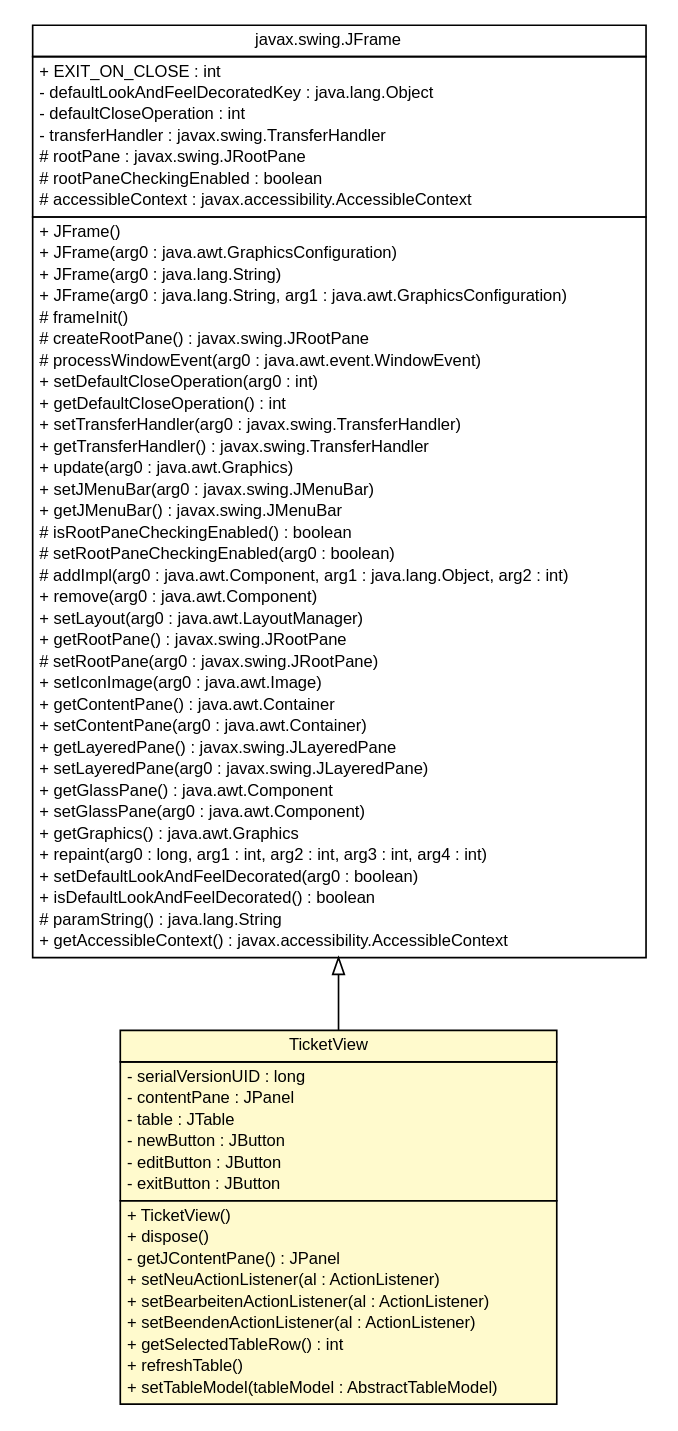
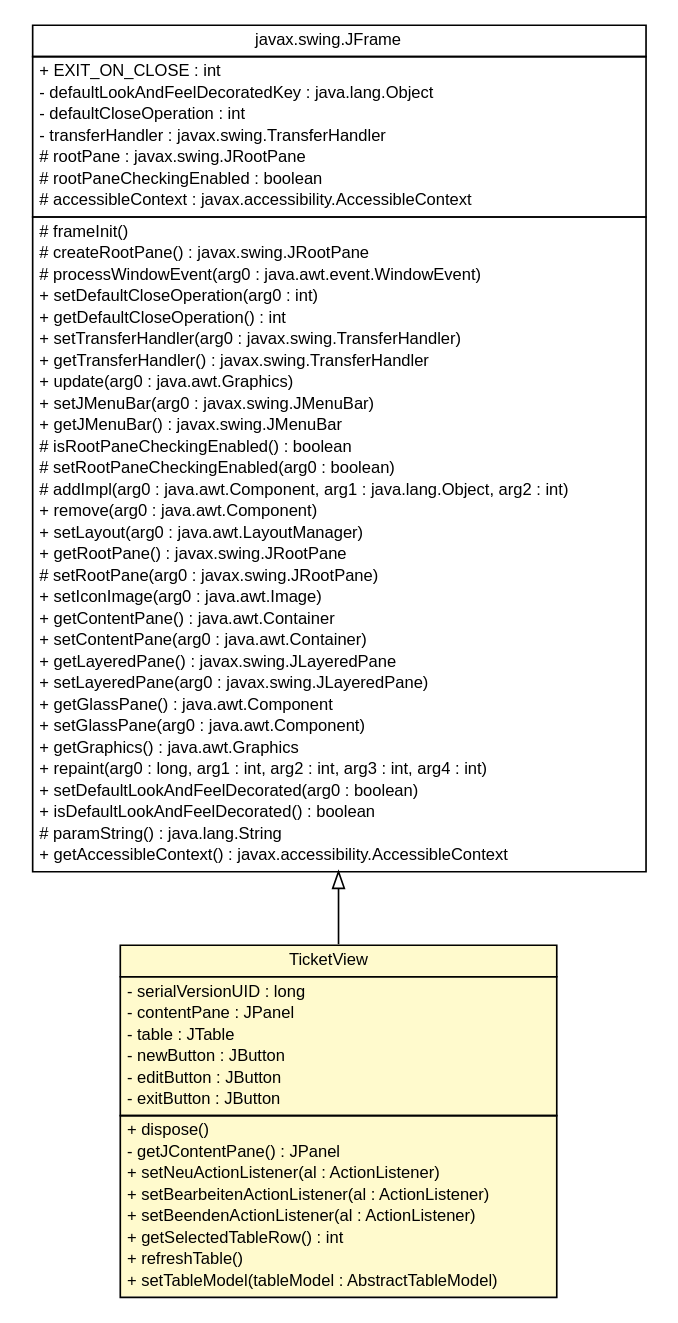
Before and after one commit to Dr4K4n/TroubleTicketManagement: the diagram in doc/de/articmodding/TroubleTicket/TicketView.dot, drawn with Graphviz. The commit also changed 58 other files, not shown here.

Commit message:
- tables are now automatically created - fixed minor bug in TicketEditView

```diff
--- a/doc/de/articmodding/TroubleTicket/TicketView.dot
+++ b/doc/de/articmodding/TroubleTicket/TicketView.dot
@@ -1,90 +1,85 @@
 #!/usr/local/bin/dot
 #
 # Class diagram 
 # Generated by UMLGraph version 5.4 (http://www.umlgraph.org/)
 #
 
 digraph G {
 	edge [fontname="Helvetica",fontsize=10,labelfontname="Helvetica",labelfontsize=10];
 	node [fontname="Helvetica",fontsize=10,shape=plaintext];
 	nodesep=0.25;
 	ranksep=0.5;
 	// de.articmodding.TroubleTicket.TicketView
 	c118 [label=<<table title="de.articmodding.TroubleTicket.TicketView" border="0" cellborder="1" cellspacing="0" cellpadding="2" port="p" bgcolor="lemonChiffon" href="./TicketView.html">
 		<tr><td><table border="0" cellspacing="0" cellpadding="1">
 <tr><td align="center" balign="center"> TicketView </td></tr>
 		</table></td></tr>
 		<tr><td><table border="0" cellspacing="0" cellpadding="1">
 <tr><td align="left" balign="left"> - serialVersionUID : long </td></tr>
 <tr><td align="left" balign="left"> - contentPane : JPanel </td></tr>
 <tr><td align="left" balign="left"> - table : JTable </td></tr>
 <tr><td align="left" balign="left"> - newButton : JButton </td></tr>
 <tr><td align="left" balign="left"> - editButton : JButton </td></tr>
 <tr><td align="left" balign="left"> - exitButton : JButton </td></tr>
 		</table></td></tr>
 		<tr><td><table border="0" cellspacing="0" cellpadding="1">
-<tr><td align="left" balign="left"> + TicketView() </td></tr>
 <tr><td align="left" balign="left"> + dispose() </td></tr>
 <tr><td align="left" balign="left"> - getJContentPane() : JPanel </td></tr>
 <tr><td align="left" balign="left"> + setNeuActionListener(al : ActionListener) </td></tr>
 <tr><td align="left" balign="left"> + setBearbeitenActionListener(al : ActionListener) </td></tr>
 <tr><td align="left" balign="left"> + setBeendenActionListener(al : ActionListener) </td></tr>
 <tr><td align="left" balign="left"> + getSelectedTableRow() : int </td></tr>
 <tr><td align="left" balign="left"> + refreshTable() </td></tr>
 <tr><td align="left" balign="left"> + setTableModel(tableModel : AbstractTableModel) </td></tr>
 		</table></td></tr>
 		</table>>, URL="./TicketView.html", fontname="Helvetica", fontcolor="black", fontsize=10.0];
 	//de.articmodding.TroubleTicket.TicketView extends javax.swing.JFrame
 	c125:p -> c118:p [dir=back,arrowtail=empty];
 	// javax.swing.JFrame
 	c125 [label=<<table title="javax.swing.JFrame" border="0" cellborder="1" cellspacing="0" cellpadding="2" port="p" href="http://java.sun.com/j2se/1.4.2/docs/api/javax/swing/JFrame.html">
 		<tr><td><table border="0" cellspacing="0" cellpadding="1">
 <tr><td align="center" balign="center"> javax.swing.JFrame </td></tr>
 		</table></td></tr>
 		<tr><td><table border="0" cellspacing="0" cellpadding="1">
 <tr><td align="left" balign="left"> + EXIT_ON_CLOSE : int </td></tr>
 <tr><td align="left" balign="left"> - defaultLookAndFeelDecoratedKey : java.lang.Object </td></tr>
 <tr><td align="left" balign="left"> - defaultCloseOperation : int </td></tr>
 <tr><td align="left" balign="left"> - transferHandler : javax.swing.TransferHandler </td></tr>
 <tr><td align="left" balign="left"> # rootPane : javax.swing.JRootPane </td></tr>
 <tr><td align="left" balign="left"> # rootPaneCheckingEnabled : boolean </td></tr>
 <tr><td align="left" balign="left"> # accessibleContext : javax.accessibility.AccessibleContext </td></tr>
 		</table></td></tr>
 		<tr><td><table border="0" cellspacing="0" cellpadding="1">
-<tr><td align="left" balign="left"> + JFrame() </td></tr>
-<tr><td align="left" balign="left"> + JFrame(arg0 : java.awt.GraphicsConfiguration) </td></tr>
-<tr><td align="left" balign="left"> + JFrame(arg0 : java.lang.String) </td></tr>
-<tr><td align="left" balign="left"> + JFrame(arg0 : java.lang.String, arg1 : java.awt.GraphicsConfiguration) </td></tr>
 <tr><td align="left" balign="left"> # frameInit() </td></tr>
 <tr><td align="left" balign="left"> # createRootPane() : javax.swing.JRootPane </td></tr>
 <tr><td align="left" balign="left"> # processWindowEvent(arg0 : java.awt.event.WindowEvent) </td></tr>
 <tr><td align="left" balign="left"> + setDefaultCloseOperation(arg0 : int) </td></tr>
 <tr><td align="left" balign="left"> + getDefaultCloseOperation() : int </td></tr>
 <tr><td align="left" balign="left"> + setTransferHandler(arg0 : javax.swing.TransferHandler) </td></tr>
 <tr><td align="left" balign="left"> + getTransferHandler() : javax.swing.TransferHandler </td></tr>
 <tr><td align="left" balign="left"> + update(arg0 : java.awt.Graphics) </td></tr>
 <tr><td align="left" balign="left"> + setJMenuBar(arg0 : javax.swing.JMenuBar) </td></tr>
 <tr><td align="left" balign="left"> + getJMenuBar() : javax.swing.JMenuBar </td></tr>
 <tr><td align="left" balign="left"> # isRootPaneCheckingEnabled() : boolean </td></tr>
 <tr><td align="left" balign="left"> # setRootPaneCheckingEnabled(arg0 : boolean) </td></tr>
 <tr><td align="left" balign="left"> # addImpl(arg0 : java.awt.Component, arg1 : java.lang.Object, arg2 : int) </td></tr>
 <tr><td align="left" balign="left"> + remove(arg0 : java.awt.Component) </td></tr>
 <tr><td align="left" balign="left"> + setLayout(arg0 : java.awt.LayoutManager) </td></tr>
 <tr><td align="left" balign="left"> + getRootPane() : javax.swing.JRootPane </td></tr>
 <tr><td align="left" balign="left"> # setRootPane(arg0 : javax.swing.JRootPane) </td></tr>
 <tr><td align="left" balign="left"> + setIconImage(arg0 : java.awt.Image) </td></tr>
 <tr><td align="left" balign="left"> + getContentPane() : java.awt.Container </td></tr>
 <tr><td align="left" balign="left"> + setContentPane(arg0 : java.awt.Container) </td></tr>
 <tr><td align="left" balign="left"> + getLayeredPane() : javax.swing.JLayeredPane </td></tr>
 <tr><td align="left" balign="left"> + setLayeredPane(arg0 : javax.swing.JLayeredPane) </td></tr>
 <tr><td align="left" balign="left"> + getGlassPane() : java.awt.Component </td></tr>
 <tr><td align="left" balign="left"> + setGlassPane(arg0 : java.awt.Component) </td></tr>
 <tr><td align="left" balign="left"> + getGraphics() : java.awt.Graphics </td></tr>
 <tr><td align="left" balign="left"> + repaint(arg0 : long, arg1 : int, arg2 : int, arg3 : int, arg4 : int) </td></tr>
 <tr><td align="left" balign="left"> + setDefaultLookAndFeelDecorated(arg0 : boolean) </td></tr>
 <tr><td align="left" balign="left"> + isDefaultLookAndFeelDecorated() : boolean </td></tr>
 <tr><td align="left" balign="left"> # paramString() : java.lang.String </td></tr>
 <tr><td align="left" balign="left"> + getAccessibleContext() : javax.accessibility.AccessibleContext </td></tr>
 		</table></td></tr>
 		</table>>, URL="http://java.sun.com/j2se/1.4.2/docs/api/javax/swing/JFrame.html", fontname="Helvetica", fontcolor="black", fontsize=10.0];
 }
```
